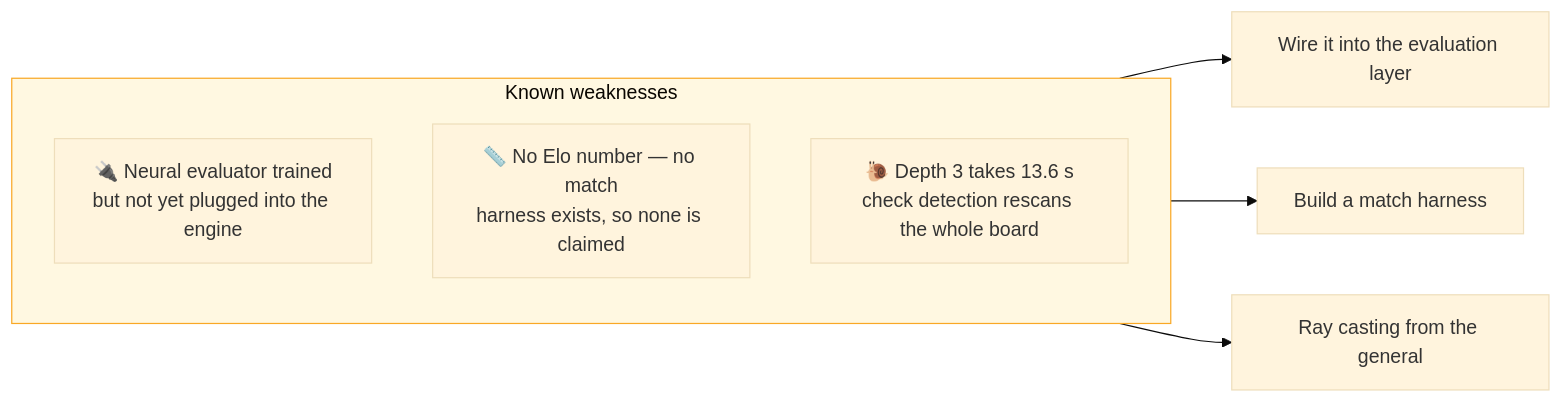
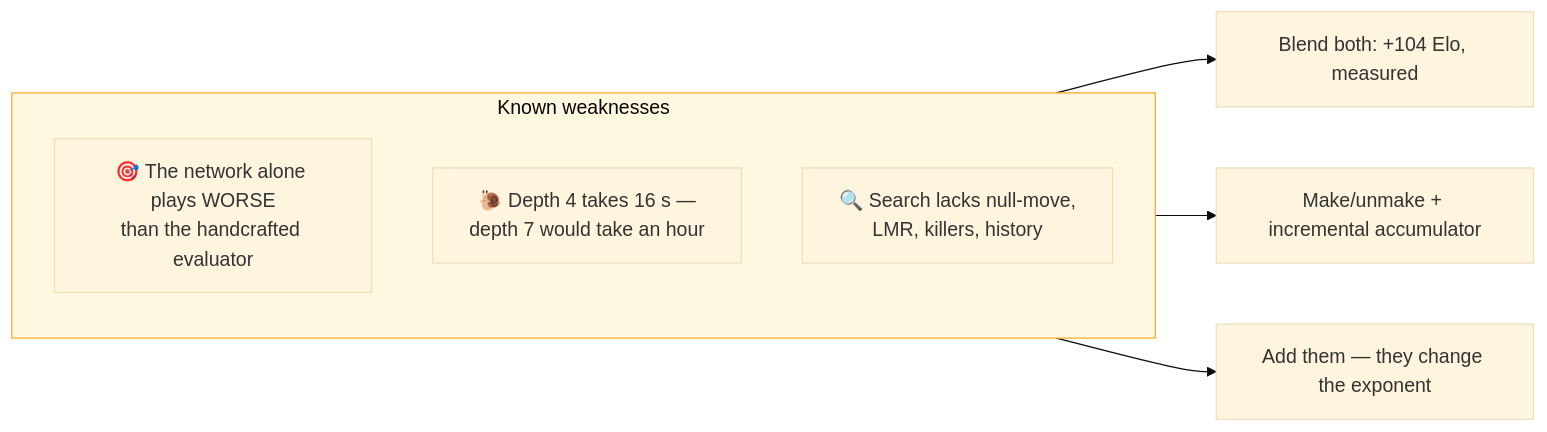
The fifth of 6 diagrams in README.md (quannguyencoder/QiSheng-Xiangqi-Engine-v1), drawn with Mermaid (base theme) before and after one commit. The commit also changed other lines of this file, not shown here.

Commit message:
README: thay số liệu lỗi thời bằng kết quả đo thật (16 triệu mẫu, Elo đối kháng)

````diff
--- a/README.md
+++ b/README.md
@@ -99,13 +99,13 @@
 ```mermaid
 flowchart LR
     subgraph NOW["Known weaknesses"]
         direction TB
-        W1["🔌 Neural evaluator trained<br/>but not yet plugged into the engine"]
-        W2["📏 No Elo number — no match<br/>harness exists, so none is claimed"]
-        W3["🐌 Depth 3 takes 13.6 s<br/>check detection rescans the whole board"]
+        W1["🎯 The network alone plays WORSE<br/>than the handcrafted evaluator"]
+        W2["🐌 Depth 4 takes 16 s —<br/>depth 7 would take an hour"]
+        W3["🔍 Search lacks null-move,<br/>LMR, killers, history"]
     end
-    W1 --> F1["Wire it into the evaluation layer"]
-    W2 --> F2["Build a match harness"]
-    W3 --> F3["Ray casting from the general"]
+    W1 --> F1["Blend both: +104 Elo, measured"]
+    W2 --> F2["Make/unmake + incremental accumulator"]
+    W3 --> F3["Add them — they change the exponent"]
     style NOW fill:#fff8e1,stroke:#f9a825
 ```
````
